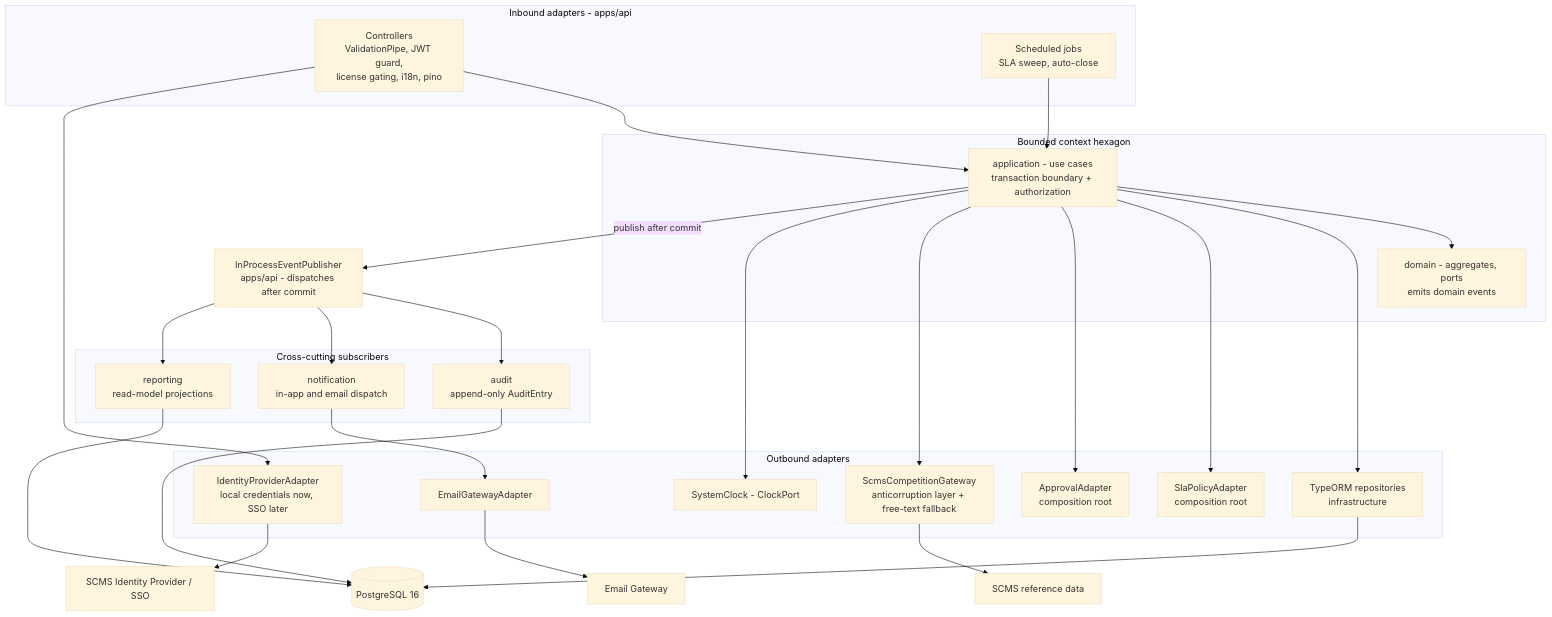
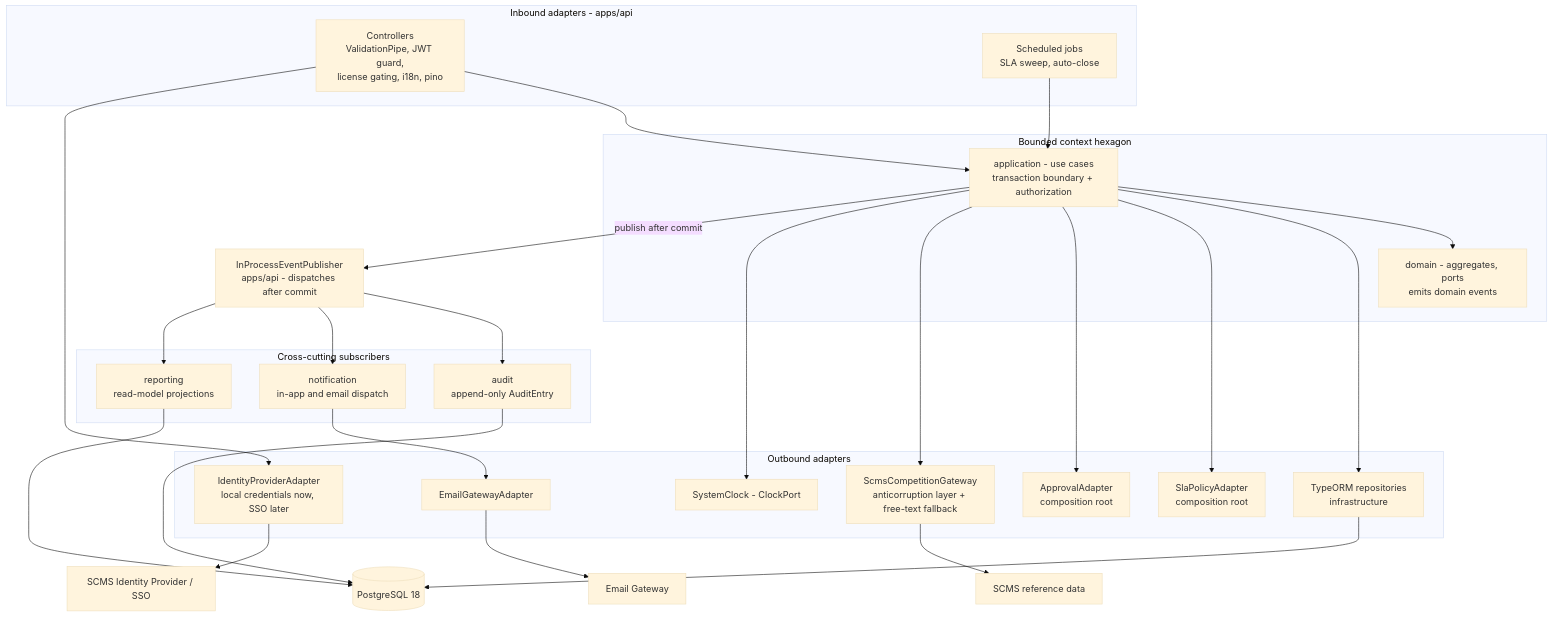
The diagram in docs/product/COMPONENTS.md (LIDR-academy/AI4Devs-finalproject), drawn with Mermaid (base theme) before and after one commit. The commit also changed other lines of this file and 19 other files, not shown here.

Commit message:
Update postgreSQL version to 18

````diff
--- a/docs/product/COMPONENTS.md
+++ b/docs/product/COMPONENTS.md
@@ -84,56 +84,56 @@
 ```mermaid
 flowchart TB
     subgraph inbound["Inbound adapters - apps/api"]
         CTL["Controllers<br/>ValidationPipe, JWT guard,<br/>license gating, i18n, pino"]
         JOB["Scheduled jobs<br/>SLA sweep, auto-close"]
     end
 
     subgraph core["Bounded context hexagon"]
         UC["application - use cases<br/>transaction boundary + authorization"]
         DOM["domain - aggregates, ports<br/>emits domain events"]
     end
 
     BUS["InProcessEventPublisher<br/>apps/api - dispatches after commit"]
 
     subgraph xcut["Cross-cutting subscribers"]
         AUD["audit<br/>append-only AuditEntry"]
         NOT["notification<br/>in-app and email dispatch"]
         RPT["reporting<br/>read-model projections"]
     end
 
     subgraph outbound["Outbound adapters"]
         REPO["TypeORM repositories<br/>infrastructure"]
         SLAAD["SlaPolicyAdapter<br/>composition root"]
         APRAD["ApprovalAdapter<br/>composition root"]
         ACL["ScmsCompetitionGateway<br/>anticorruption layer + free-text fallback"]
         IDPAD["IdentityProviderAdapter<br/>local credentials now, SSO later"]
         MAILAD["EmailGatewayAdapter"]
         CLK["SystemClock - ClockPort"]
     end
 
-    DB[("PostgreSQL 16")]
+    DB[("PostgreSQL 18")]
     SCMS["SCMS reference data"]
     IDP["SCMS Identity Provider / SSO"]
     MAIL["Email Gateway"]
 
     CTL --> UC
     JOB --> UC
     UC --> DOM
     UC --> REPO
     UC --> SLAAD
     UC --> APRAD
     UC --> ACL
     UC --> CLK
     UC -->|"publish after commit"| BUS
     BUS --> AUD
     BUS --> NOT
     BUS --> RPT
     REPO --> DB
     AUD --> DB
     RPT --> DB
     NOT --> MAILAD
     MAILAD --> MAIL
     ACL --> SCMS
     IDPAD --> IDP
     CTL --> IDPAD
 ```
````
